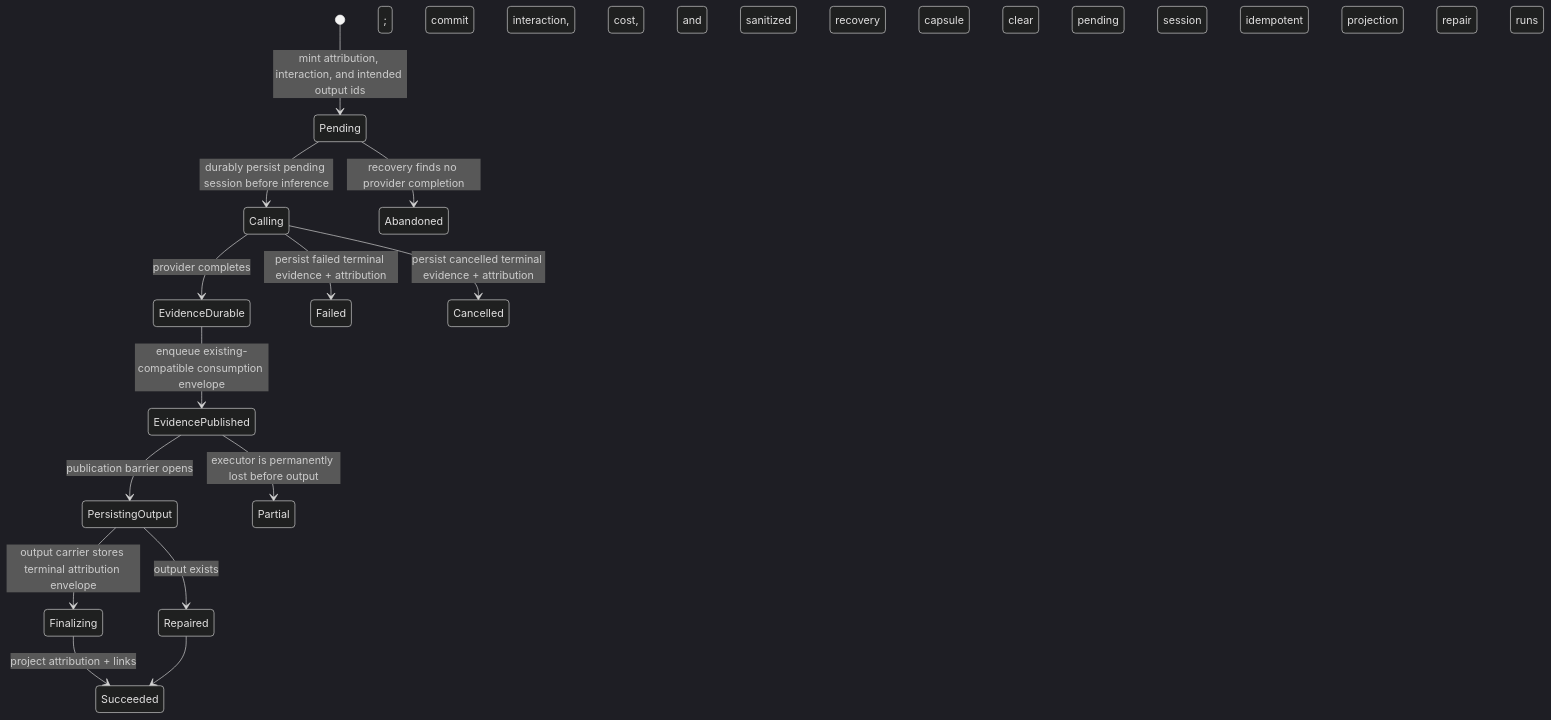
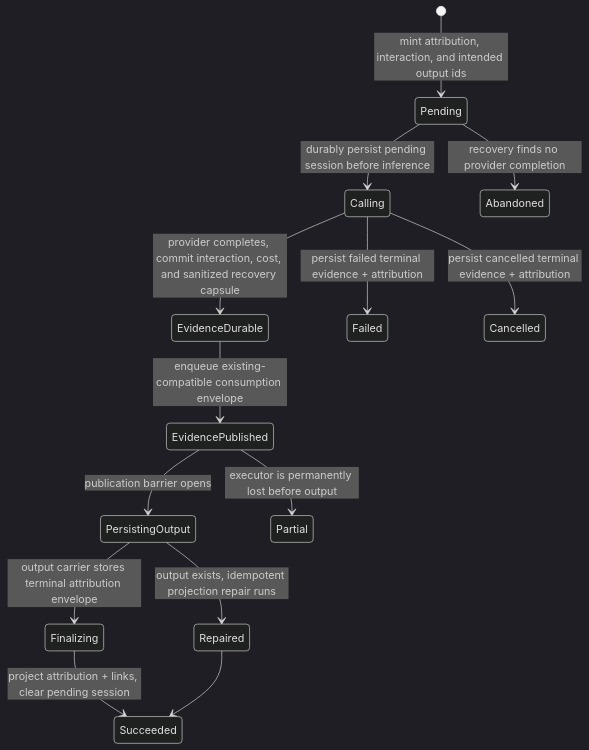
The second of 2 diagrams in docs/implementation_plans/2026-07-18_ai_consumption_attribution_system.md (matthiasn/lotti), drawn with Mermaid (dark theme) before and after one commit. The commit also changed 15 other files, not shown here.

````diff
--- a/docs/implementation_plans/2026-07-18_ai_consumption_attribution_system.md
+++ b/docs/implementation_plans/2026-07-18_ai_consumption_attribution_system.md
@@ -750,16 +750,16 @@
 ```mermaid
 stateDiagram-v2
   [*] --> Pending: mint attribution, interaction, and intended output ids
   Pending --> Calling: durably persist pending session before inference
-  Calling --> EvidenceDurable: provider completes; commit interaction, cost, and sanitized recovery capsule
+  Calling --> EvidenceDurable: provider completes, commit interaction, cost, and sanitized recovery capsule
   EvidenceDurable --> EvidencePublished: enqueue existing-compatible consumption envelope
   EvidencePublished --> PersistingOutput: publication barrier opens
   PersistingOutput --> Finalizing: output carrier stores terminal attribution envelope
-  Finalizing --> Succeeded: project attribution + links; clear pending session
+  Finalizing --> Succeeded: project attribution + links, clear pending session
   Calling --> Failed: persist failed terminal evidence + attribution
   Calling --> Cancelled: persist cancelled terminal evidence + attribution
   Pending --> Abandoned: recovery finds no provider completion
   EvidencePublished --> Partial: executor is permanently lost before output
-  PersistingOutput --> Repaired: output exists; idempotent projection repair runs
+  PersistingOutput --> Repaired: output exists, idempotent projection repair runs
   Repaired --> Succeeded
 ```
````
